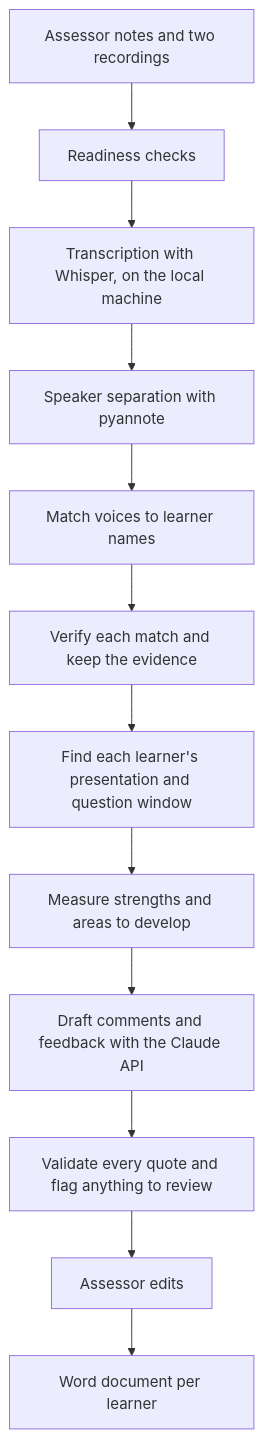
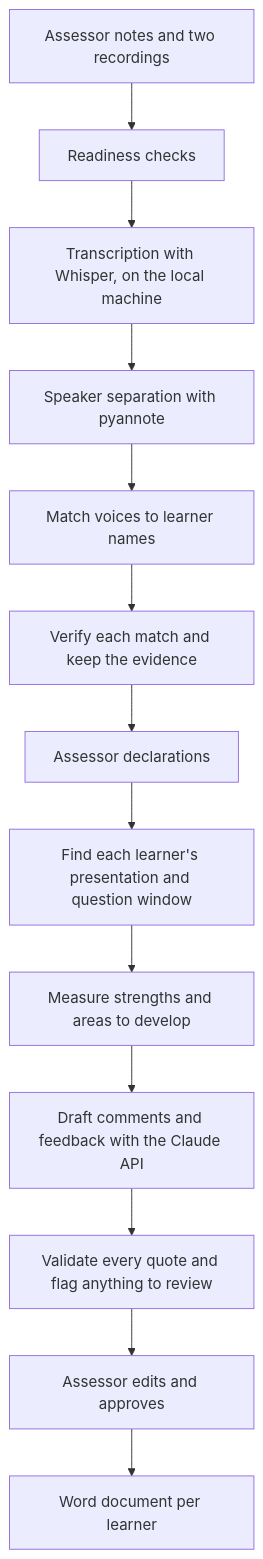
Before and after one commit to Gloggs/assessment-record-generator: the diagram in README.md, drawn with Mermaid. The commit also changed other lines of this file and 22 other files, not shown here.

````diff
--- a/README.md
+++ b/README.md
@@ -144,14 +140,15 @@
 ```mermaid
 flowchart TD
     A[Assessor notes and two recordings] --> B[Readiness checks]
     B --> C[Transcription with Whisper, on the local machine]
     C --> D[Speaker separation with pyannote]
     D --> E[Match voices to learner names]
     E --> F[Verify each match and keep the evidence]
-    F --> G[Find each learner's presentation and question window]
-    G --> H[Measure strengths and areas to develop]
-    H --> I[Draft comments and feedback with the Claude API]
-    I --> J[Validate every quote and flag anything to review]
-    J --> K[Assessor edits]
-    K --> L[Word document per learner]
+    F --> G[Assessor declarations]
+    G --> H[Find each learner's presentation and question window]
+    H --> I[Measure strengths and areas to develop]
+    I --> J[Draft comments and feedback with the Claude API]
+    J --> K[Validate every quote and flag anything to review]
+    K --> L[Assessor edits and approves]
+    L --> M[Word document per learner]
 ```
````
